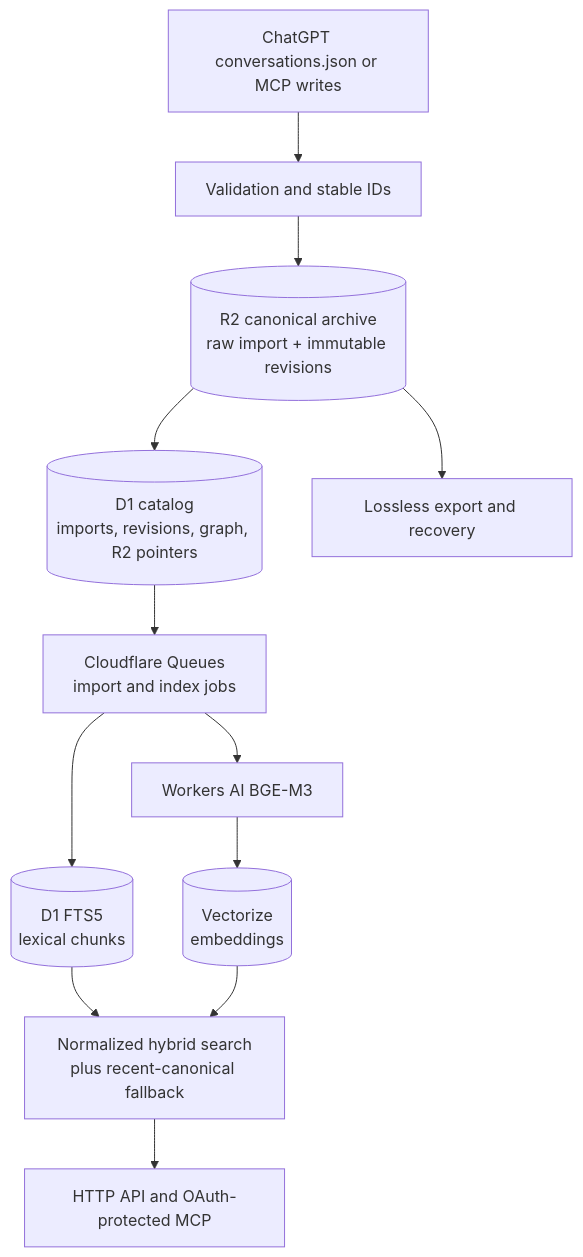
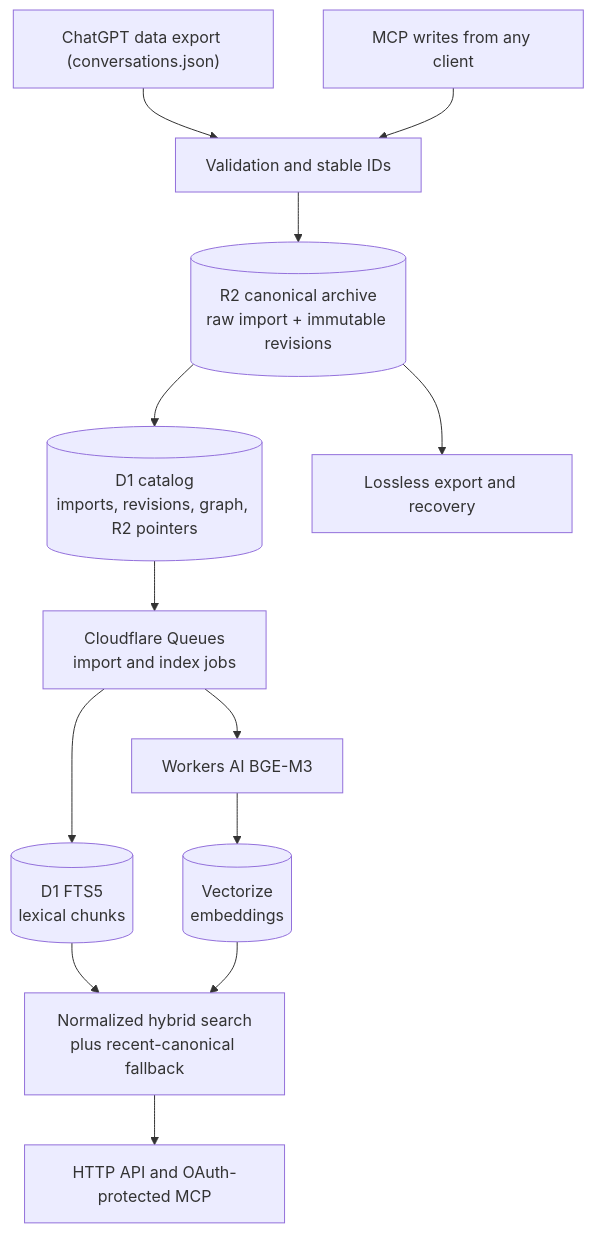
One commit to ravhirizaldi/mempersist changed the diagram in README.md. Above: the diagram before and after it, drawn with Mermaid. The commit also changed other lines of this file, not shown here.

Commit message:
docs: separate the two ingestion paths in the architecture diagram (#29)
The diagram labelled the input node "ChatGPT conversations.json or MCP
writes", which read as if the whole pipeline were ChatGPT-bound. It is not:
ChatGPT is the only accepted export format, while writes arrive over MCP from
whichever client the caller uses.

Draw the export parser and the MCP write path as separate inputs that converge
on the same validation and canonical revision model, and say why that matters:
a memory created by a tool call and one imported from an export are read,
pinned, restored, and copied identically.

````diff
--- a/README.md
+++ b/README.md
@@ -29,13 +29,14 @@
 ```mermaid
 flowchart TD
-  IN["ChatGPT conversations.json or MCP writes"] --> V["Validation and stable IDs"]
-  V --> R2[("R2 canonical archive<br/>raw import + immutable revisions")]
+  IMP["ChatGPT data export (conversations.json)"] --> V
+  WRITE["MCP writes from any client"] --> V
+  V["Validation and stable IDs"] --> R2[("R2 canonical archive<br/>raw import + immutable revisions")]
   R2 --> D1[("D1 catalog<br/>imports, revisions, graph, R2 pointers")]
   D1 --> Q["Cloudflare Queues<br/>import and index jobs"]
   Q --> FTS[("D1 FTS5<br/>lexical chunks")]
   Q --> AI["Workers AI BGE-M3"] --> VEC[("Vectorize<br/>embeddings")]
   FTS --> SEARCH["Normalized hybrid search<br/>plus recent-canonical fallback"]
   VEC --> SEARCH
   SEARCH --> OUT["HTTP API and OAuth-protected MCP"]
   R2 --> EXPORT["Lossless export and recovery"]
 ```
````
